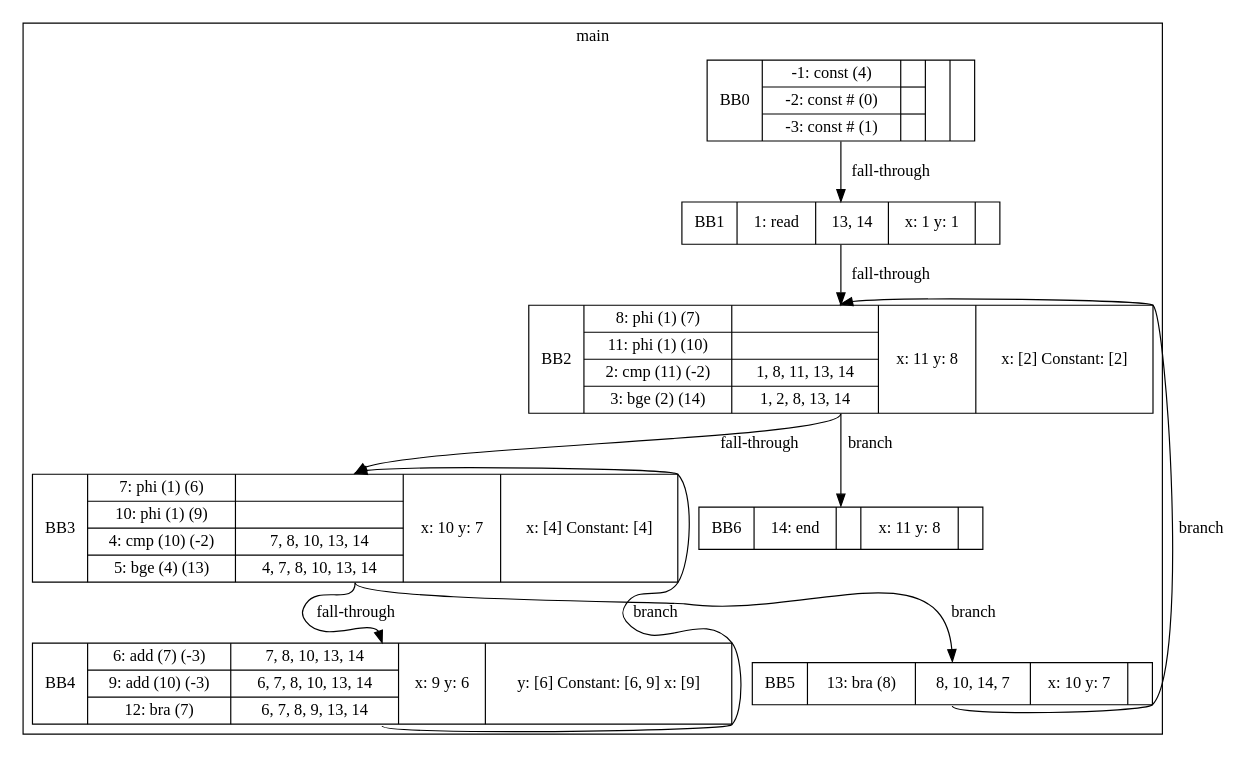
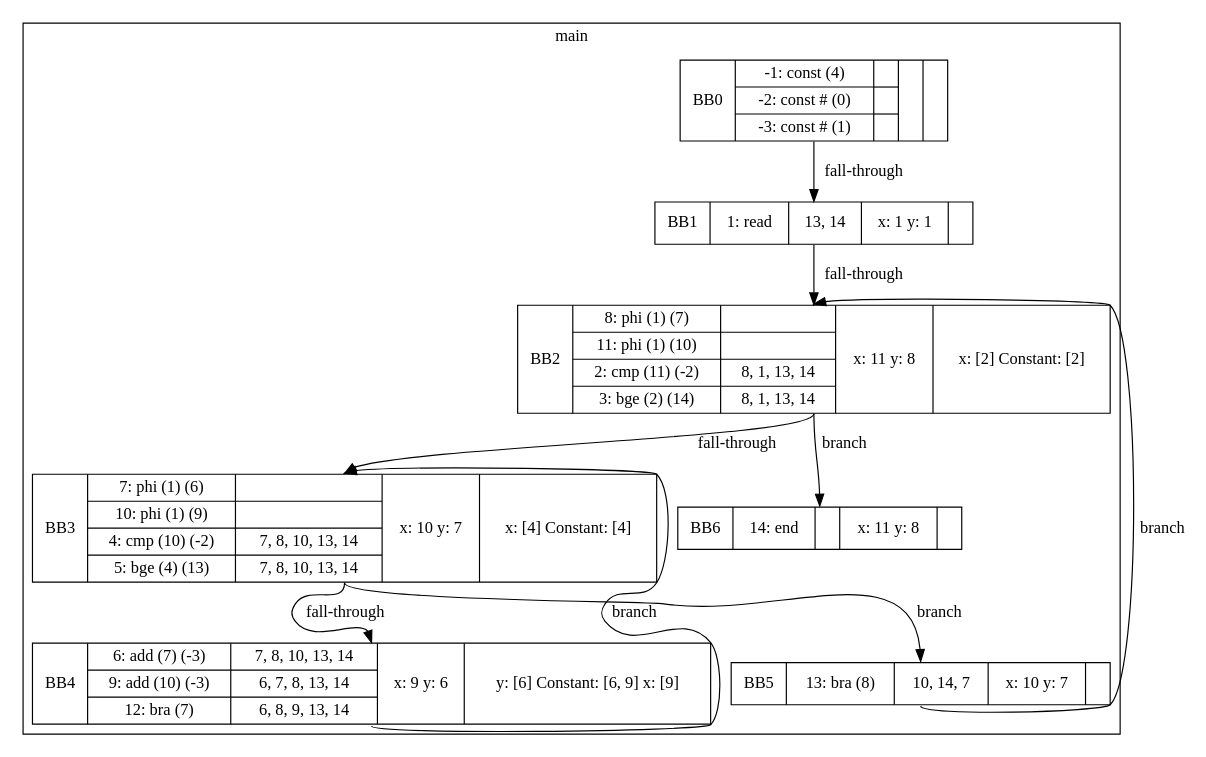
One commit to mahbub-hr/compiler_cs241 changed the diagram in Project3/src/main/graph.dot. Above: the diagram before and after it, drawn with Graphviz. The commit also changed 5 other files, not shown here.

Commit message:
interference graph build complete

```diff
--- a/Project3/src/main/graph.dot
+++ b/Project3/src/main/graph.dot
@@ -1,41 +1,41 @@
 digraph G{
 			bb0[shape=record, label="<b>BB0|{-1: const (4) |-2: const # (0) |-3: const # (1) }|{||}|{}|{}"];
 		bb1[shape=record, label="<b>BB1|{1: read  }|{13, 14}|{    x: 1
     y: 1
 }|{}"];
-		bb2[shape=record, label="<b>BB2|{8: phi (1) (7)|11: phi (1) (10)|2: cmp (11) (-2)|3: bge (2) (14)}|{||1, 8, 11, 13, 14|1, 2, 8, 13, 14}|{    x: 11
+		bb2[shape=record, label="<b>BB2|{8: phi (1) (7)|11: phi (1) (10)|2: cmp (11) (-2)|3: bge (2) (14)}|{||8, 1, 13, 14|8, 1, 13, 14}|{    x: 11
     y: 8
 }|{    x: [2]
     Constant: [2]
 }"];
-		bb3[shape=record, label="<b>BB3|{7: phi (1) (6)|10: phi (1) (9)|4: cmp (10) (-2)|5: bge (4) (13)}|{||7, 8, 10, 13, 14|4, 7, 8, 10, 13, 14}|{    x: 10
+		bb3[shape=record, label="<b>BB3|{7: phi (1) (6)|10: phi (1) (9)|4: cmp (10) (-2)|5: bge (4) (13)}|{||7, 8, 10, 13, 14|7, 8, 10, 13, 14}|{    x: 10
     y: 7
 }|{    x: [4]
     Constant: [4]
 }"];
-		bb4[shape=record, label="<b>BB4|{6: add (7) (-3)|9: add (10) (-3)|12: bra (7) }|{7, 8, 10, 13, 14|6, 7, 8, 10, 13, 14|6, 7, 8, 9, 13, 14}|{    x: 9
+		bb4[shape=record, label="<b>BB4|{6: add (7) (-3)|9: add (10) (-3)|12: bra (7) }|{7, 8, 10, 13, 14|6, 7, 8, 13, 14|6, 8, 9, 13, 14}|{    x: 9
     y: 6
 }|{    y: [6]
     Constant: [6, 9]
     x: [9]
 }"];
-		bb5[shape=record, label="<b>BB5|{13: bra (8) }|{8, 10, 14, 7}|{    x: 10
+		bb5[shape=record, label="<b>BB5|{13: bra (8) }|{10, 14, 7}|{    x: 10
     y: 7
 }|{}"];
 		bb6[shape=record, label="<b>BB6|{14: end  }|{}|{    x: 11
     y: 8
 }|{}"];
 	
 subgraph cluster_main{
 	label=main
 			bb0:s->bb1:n[label="fall-through"];
 		bb1:s->bb2:n[label="fall-through"];
 		bb2:s->bb3:n[label="fall-through"];
 bb2:s->bb6:n[label="branch"];
 		bb3:s->bb4:n[label="fall-through"];
 bb3:s->bb5:n[label="branch"];
 		bb4:s->bb3:n[label="branch"];
 		bb5:s->bb2:n[label="branch"];
 		
 }
 }
```
